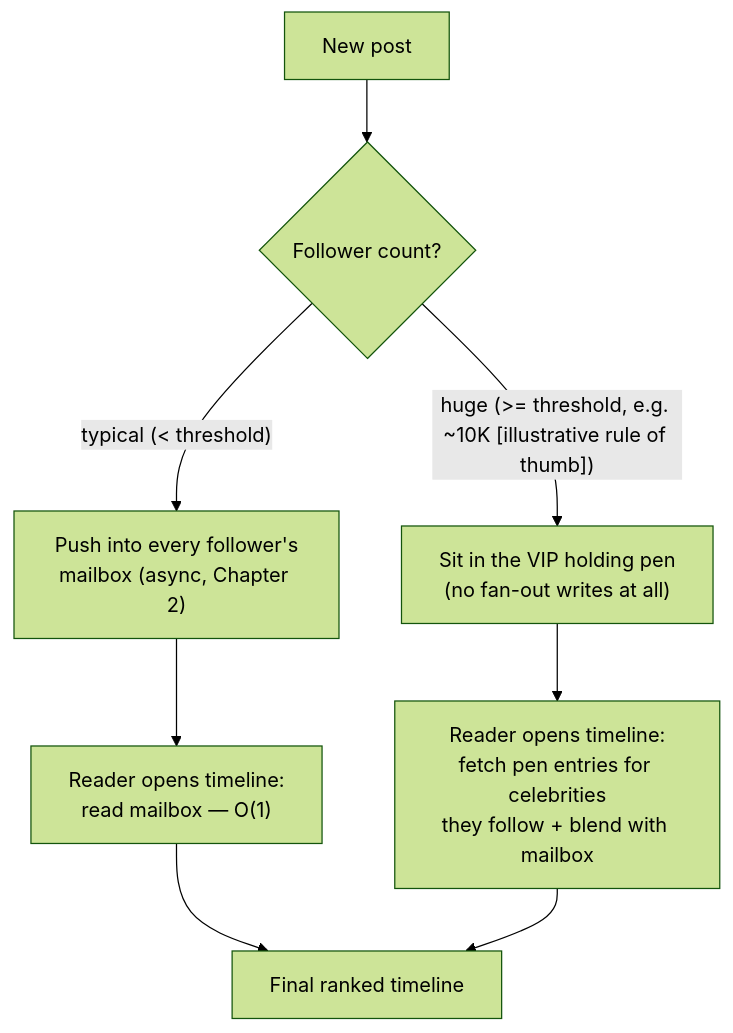
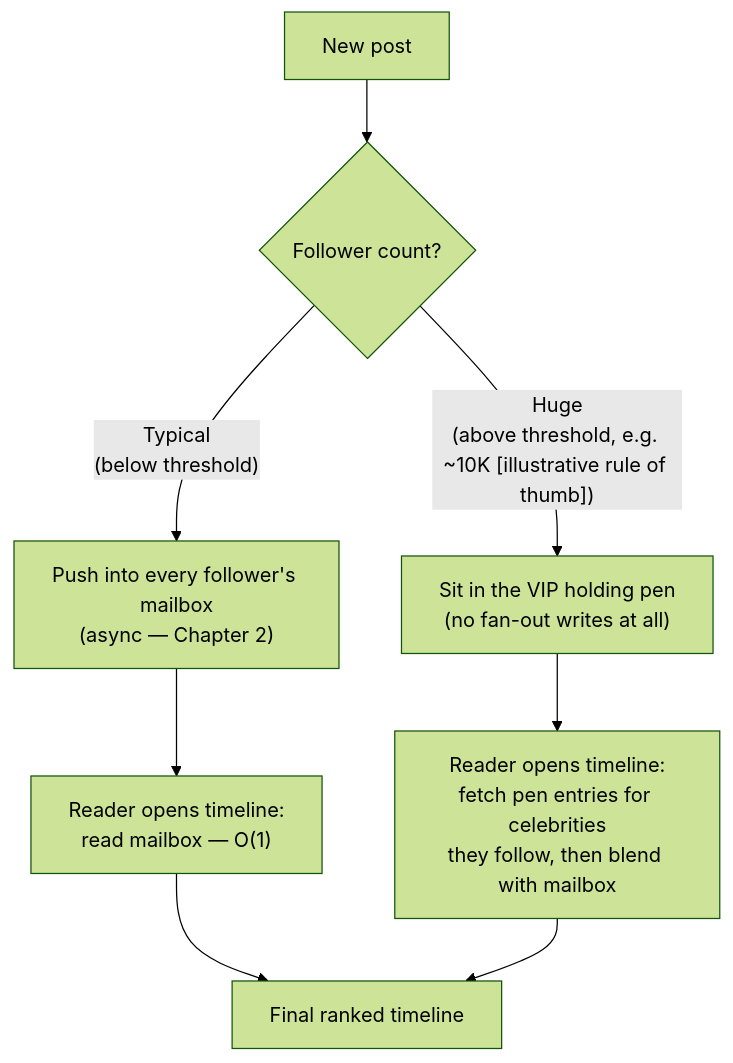
One commit to riyaz-pasha/Learnings changed the third of 16 diagrams in system-design/HLD/0-course/31-Design Twitter-FAANG-Guide-story.md. Above: the diagram before and after it, drawn with Mermaid (forest theme). The commit also changed other lines of this file and 1 other file, not shown here.

Commit message:
[REWRITE] Design Twitter story guide: simplify prose, add structure, fix diagrams

````diff
--- a/system-design/HLD/0-course/31-Design Twitter-FAANG-Guide-story.md
+++ b/system-design/HLD/0-course/31-Design Twitter-FAANG-Guide-story.md
@@ -78,10 +168,10 @@
 ```mermaid
 flowchart TD
     T["New post"] --> Q{"Follower count?"}
-    Q -->|"typical (< threshold)"| PUSH["Push into every follower's\nmailbox (async, Chapter 2)"]
-    Q -->|"huge (>= threshold, e.g. ~10K [illustrative rule of thumb])"| PEN["Sit in the VIP holding pen\n(no fan-out writes at all)"]
-    PUSH --> READ["Reader opens timeline:\nread mailbox — O(1)"]
-    PEN --> BLEND["Reader opens timeline:\nfetch pen entries for celebrities\nthey follow + blend with mailbox"]
+    Q -->|"Typical<br/>(below threshold)"| PUSH["Push into every follower's mailbox<br/>(async — Chapter 2)"]
+    Q -->|"Huge<br/>(above threshold, e.g. ~10K [illustrative rule of thumb])"| PEN["Sit in the VIP holding pen<br/>(no fan-out writes at all)"]
+    PUSH --> READ["Reader opens timeline:<br/>read mailbox — O(1)"]
+    PEN --> BLEND["Reader opens timeline:<br/>fetch pen entries for celebrities<br/>they follow, then blend with mailbox"]
     READ --> FINAL["Final ranked timeline"]
     BLEND --> FINAL
 ```
````
